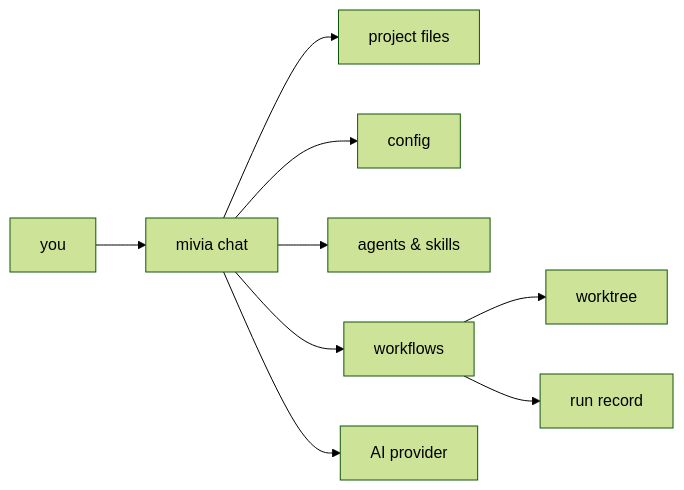
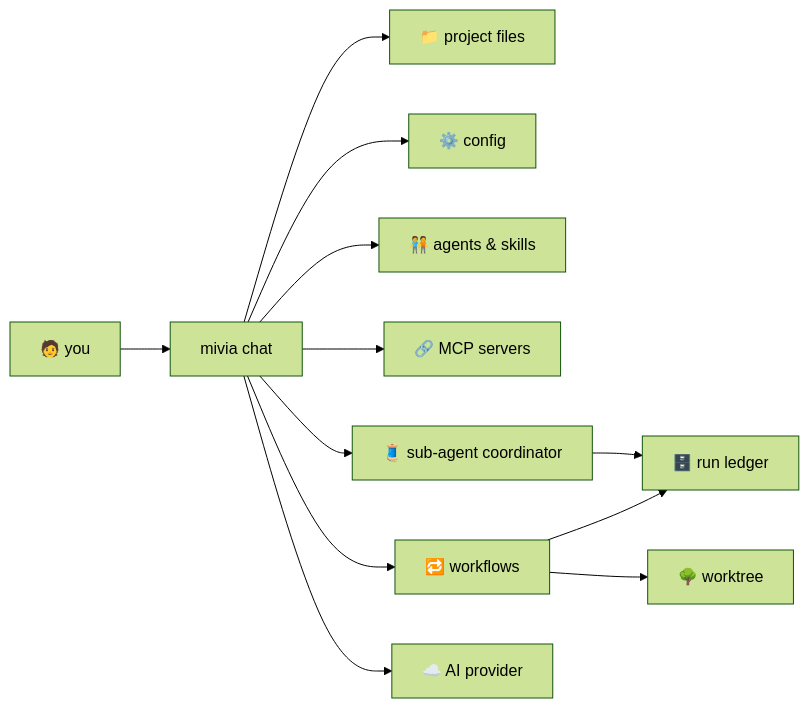
The diagram in README.md (MiviaLabs/mivia-agent), drawn with Mermaid (forest theme) before and after one commit. The commit also changed other lines of this file, not shown here.

````diff
--- a/README.md
+++ b/README.md
@@ -183,11 +186,14 @@
 ```mermaid
 flowchart LR
-    You["you"] --> Chat["mivia chat"]
-    Chat --> Files["project files"]
-    Chat --> Config["config"]
-    Chat --> Agents["agents & skills"]
-    Chat --> Workflows["workflows"]
-    Workflows --> Worktree["worktree"]
-    Workflows --> Ledger["run record"]
-    Chat --> Provider["AI provider"]
+    You["🧑 you"] --> Chat["mivia chat"]
+    Chat --> Files["📁 project files"]
+    Chat --> Config["⚙️ config"]
+    Chat --> Agents["🧑‍🤝‍🧑 agents & skills"]
+    Chat --> MCP["🔗 MCP servers"]
+    Chat --> Coordinator["🧵 sub-agent coordinator"]
+    Coordinator --> Ledger["🗄️ run ledger"]
+    Chat --> Workflows["🔁 workflows"]
+    Workflows --> Worktree["🌳 worktree"]
+    Workflows --> Ledger
+    Chat --> Provider["☁️ AI provider"]
 ```
````
